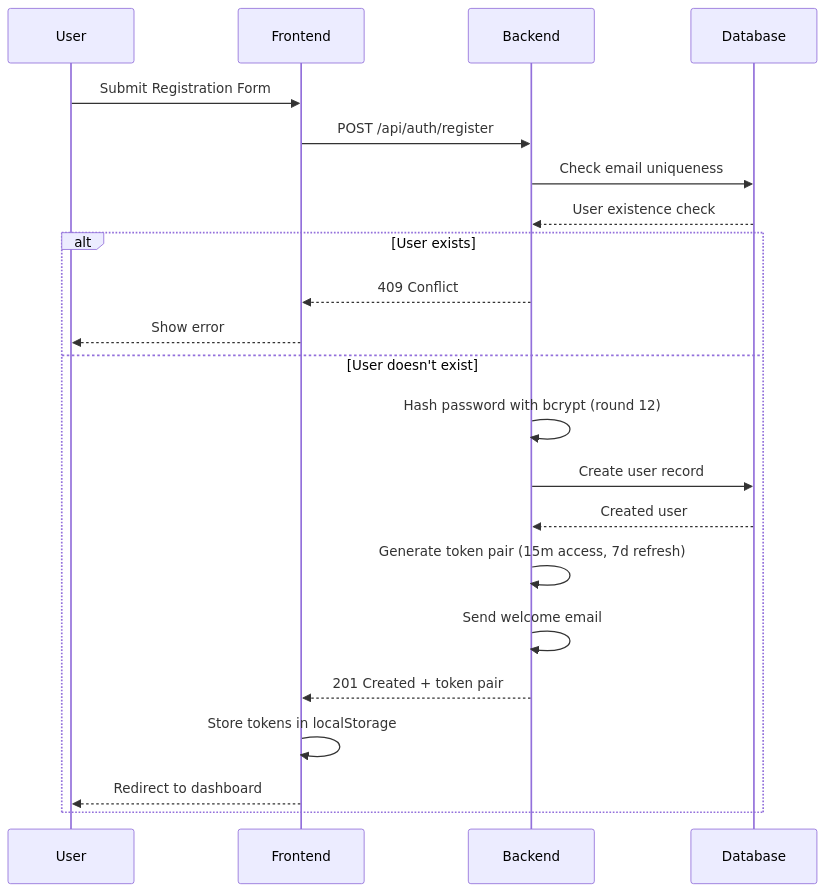
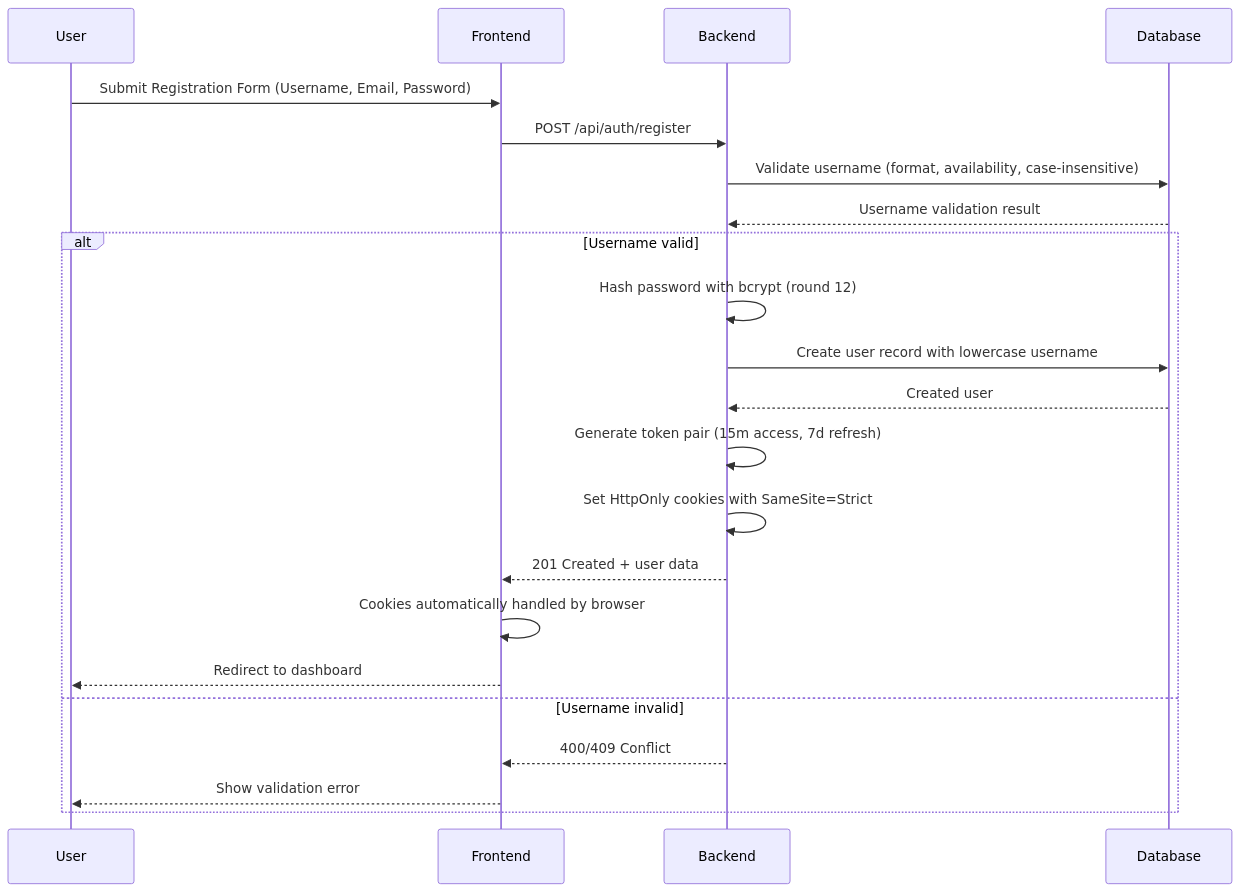
The fourth of 16 diagrams in .qoder/repowiki/en/content/Authentication & User Management/Authentication & User Management.md (Brimstow/ThumPiks), drawn with Mermaid before and after one commit. The commit also changed other lines of this file and 900 other files, not shown here.

````diff
--- a/.qoder/repowiki/en/content/Authentication & User Management/Authentication & User Management.md
+++ b/.qoder/repowiki/en/content/Authentication & User Management/Authentication & User Management.md
@@ -91,24 +192,24 @@
 ```mermaid
 sequenceDiagram
 participant User
 participant Frontend
 participant Backend
 participant Database
-User->>Frontend : Submit Registration Form
+User->>Frontend : Submit Registration Form (Username, Email, Password)
 Frontend->>Backend : POST /api/auth/register
-Backend->>Database : Check email uniqueness
-Database-->>Backend : User existence check
-alt User exists
-Backend-->>Frontend : 409 Conflict
-Frontend-->>User : Show error
-else User doesn't exist
+Backend->>Database : Validate username (format, availability, case-insensitive)
+Database-->>Backend : Username validation result
+alt Username valid
 Backend->>Backend : Hash password with bcrypt (round 12)
-Backend->>Database : Create user record
+Backend->>Database : Create user record with lowercase username
 Database-->>Backend : Created user
 Backend->>Backend : Generate token pair (15m access, 7d refresh)
-Backend->>Backend : Send welcome email
-Backend-->>Frontend : 201 Created + token pair
-Frontend->>Frontend : Store tokens in localStorage
+Backend->>Backend : Set HttpOnly cookies with SameSite=Strict
+Backend-->>Frontend : 201 Created + user data
+Frontend->>Frontend : Cookies automatically handled by browser
 Frontend-->>User : Redirect to dashboard
+else Username invalid
+Backend-->>Frontend : 400/409 Conflict
+Frontend-->>User : Show validation error
 end
 ```
````
